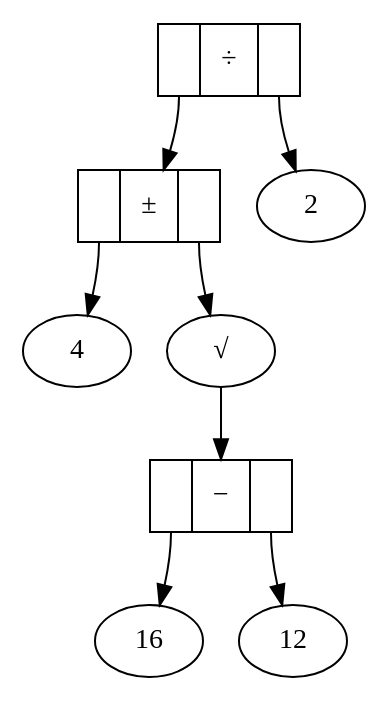
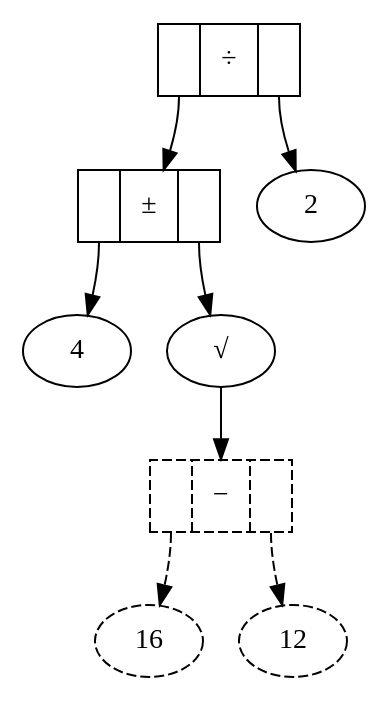
Before and after one commit to CousinoMath/blog: the diagram in Arith_on_Trees/quadratic/instQuadForm2.gv, drawn with Graphviz. The commit also changed 42 other files, not shown here.

```diff
--- a/Arith_on_Trees/quadratic/instQuadForm2.gv
+++ b/Arith_on_Trees/quadratic/instQuadForm2.gv
@@ -1,17 +1,17 @@
 strict digraph instQuadForm2 {
 pm [shape=record,label="<0>|&plusmn;|<1>"];
 sqrt [label="&radic;"];
-minus [shape=record,label="<0>|&minus;|<1>"];
-twelve [label="12"];
+minus [shape=record,label="<0>|&minus;|<1>", style=dashed];
+twelve [label="12", style=dashed];
 div [shape=record,label="<0>|&divide;|<1>"];
 two [label="2"];
-sixteen [label="16"];
+sixteen [label="16", style=dashed];
 four [label="4"];
 div:0 -> pm;
 div:1 -> two;
 pm:0 -> four;
 pm:1 -> sqrt;
 sqrt -> minus;
-minus:0 -> sixteen;
-minus:1 -> twelve;
+minus:0 -> sixteen [style=dashed];
+minus:1 -> twelve [style=dashed];
 }
```
